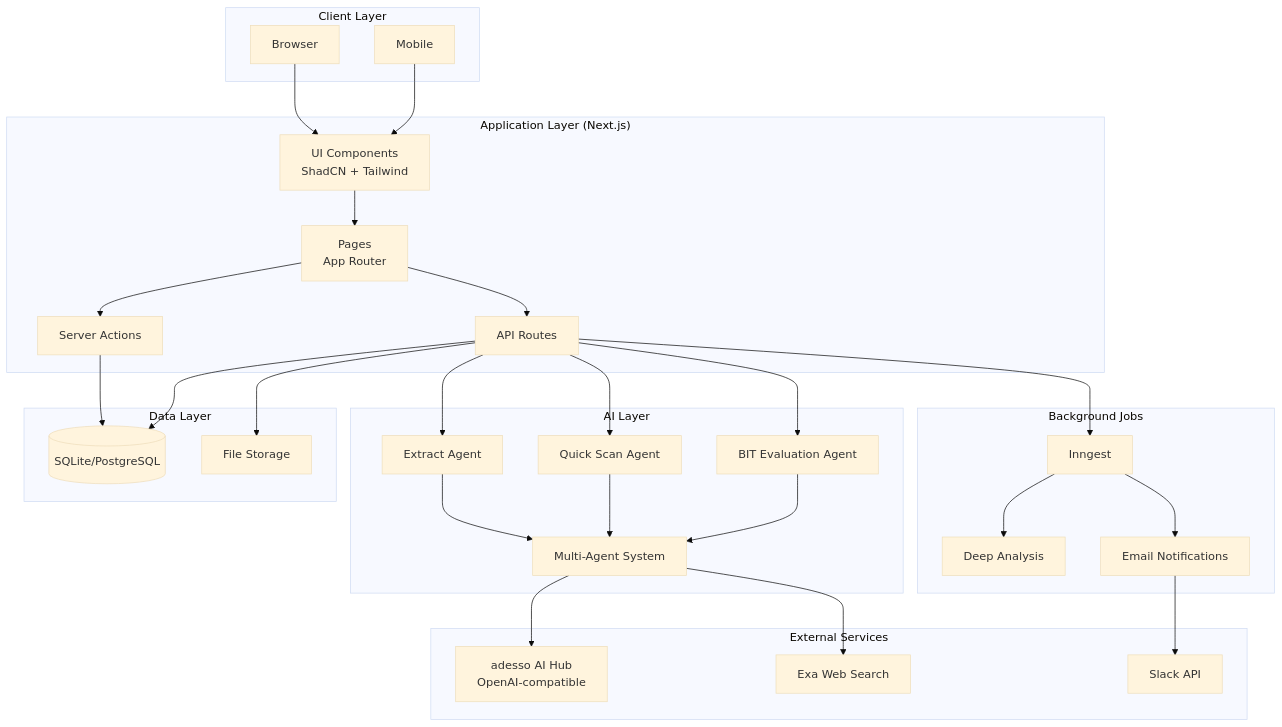
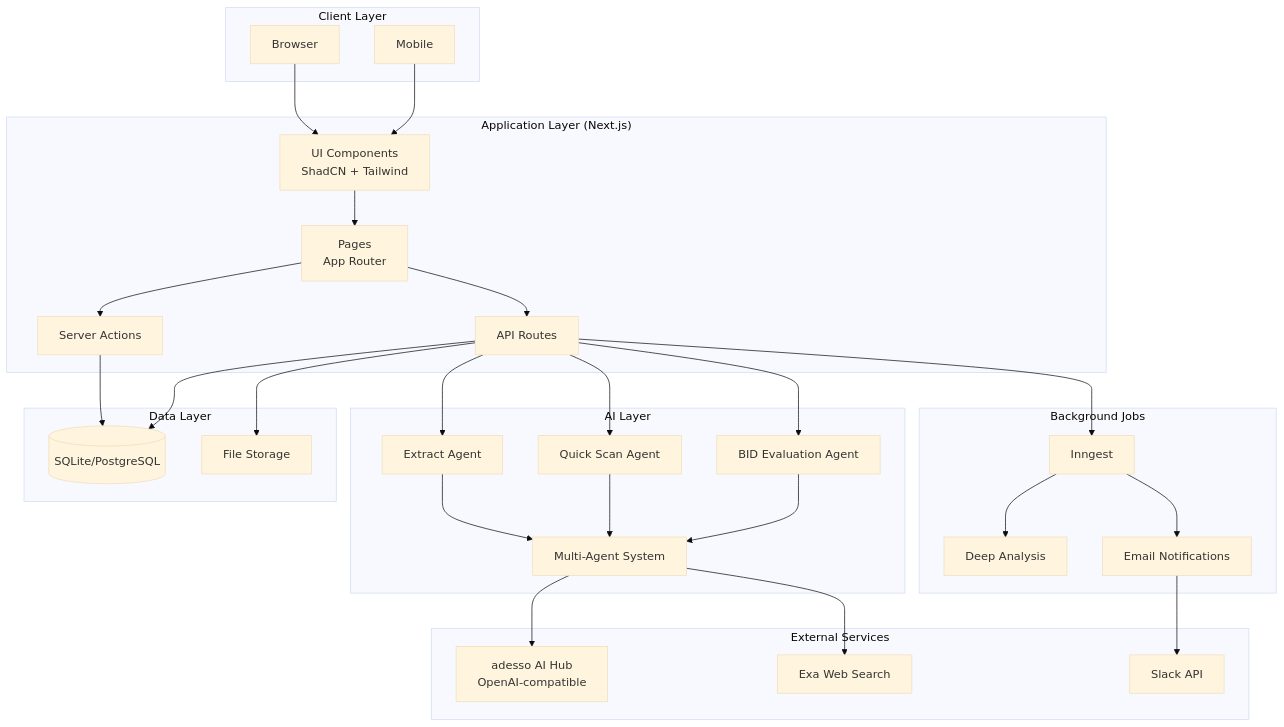
The first of 9 diagrams in ARCHITECTURE.md (maphilipps/dealhunter), drawn with Mermaid (base theme) before and after one commit. The commit also changed other lines of this file and 1285 other files, not shown here.

````diff
--- a/ARCHITECTURE.md
+++ b/ARCHITECTURE.md
@@ -20,59 +20,59 @@
 ```mermaid
 graph TB
     subgraph "Client Layer"
         Browser[Browser]
         Mobile[Mobile]
     end
 
     subgraph "Application Layer (Next.js)"
         UI[UI Components<br/>ShadCN + Tailwind]
         Pages[Pages<br/>App Router]
         API[API Routes]
         ServerActions[Server Actions]
     end
 
     subgraph "AI Layer"
         ExtractAgent[Extract Agent]
         QuickScanAgent[Quick Scan Agent]
-        BITAgent[BIT Evaluation Agent]
+        BIDAgent[BID Evaluation Agent]
         MultiAgent[Multi-Agent System]
     end
 
     subgraph "Background Jobs"
         Inngest[Inngest]
         DeepAnalysis[Deep Analysis]
         EmailNotif[Email Notifications]
     end
 
     subgraph "Data Layer"
         DB[(SQLite/PostgreSQL)]
         FileStorage[File Storage]
     end
 
     subgraph "External Services"
         AIHub[adesso AI Hub<br/>OpenAI-compatible]
         WebSearch[Exa Web Search]
         Slack[Slack API]
     end
 
     Browser --> UI
     Mobile --> UI
     UI --> Pages
     Pages --> API
     Pages --> ServerActions
     API --> ExtractAgent
     API --> QuickScanAgent
-    API --> BITAgent
+    API --> BIDAgent
     ExtractAgent --> MultiAgent
     QuickScanAgent --> MultiAgent
-    BITAgent --> MultiAgent
+    BIDAgent --> MultiAgent
     API --> Inngest
     Inngest --> DeepAnalysis
     Inngest --> EmailNotif
     ServerActions --> DB
     API --> DB
     MultiAgent --> AIHub
     MultiAgent --> WebSearch
     EmailNotif --> Slack
     API --> FileStorage
 ```
````
